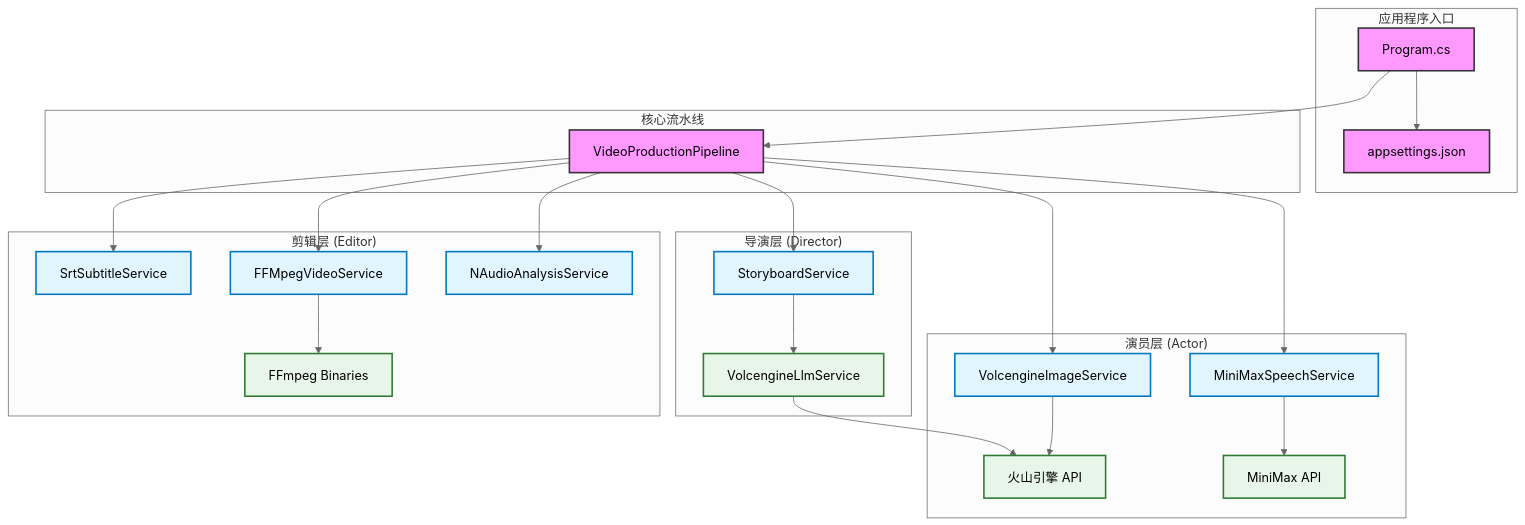
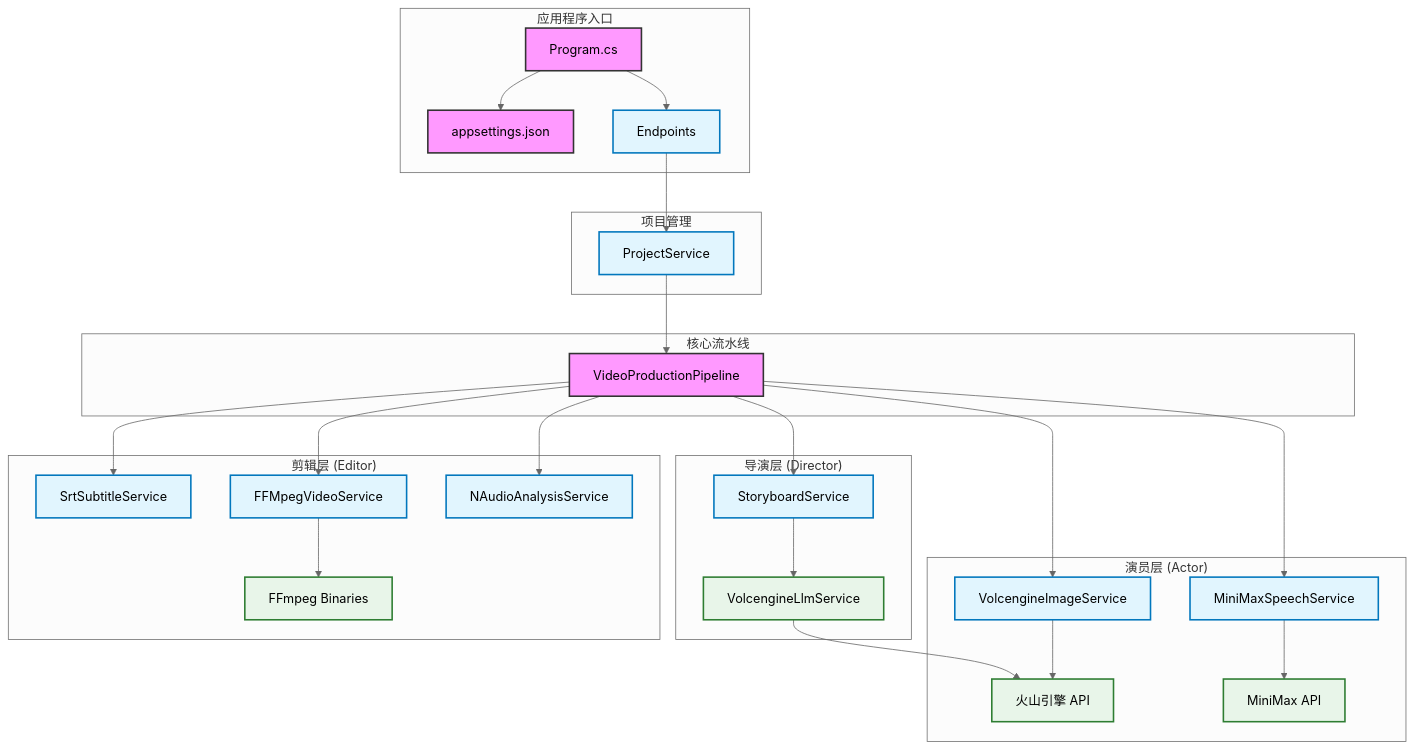
Before and after one commit to helihui/AutoCinema: the diagram in README.md, drawn with Mermaid (neutral theme). The commit also changed other lines of this file and 377 other files, not shown here.

````diff
--- a/README.md
+++ b/README.md
@@ -21,58 +21,65 @@
 ```mermaid
 graph TB
     %% 样式定义
     classDef core fill:#f9f,stroke:#333,stroke-width:2px;
     classDef service fill:#e1f5fe,stroke:#0277bd,stroke-width:2px;
     classDef model fill:#fff9c4,stroke:#fbc02d,stroke-width:2px;
     classDef external fill:#e8f5e9,stroke:#2e7d32,stroke-width:2px;
 
     subgraph Application ["应用程序入口"]
         Program[Program.cs]:::core
         Config[appsettings.json]:::core
+        Endpoints[Endpoints]:::service
+    end
+
+    subgraph ProjectLayer ["项目管理"]
+        ProjectService[ProjectService]:::service
     end
 
     subgraph Pipeline ["核心流水线"]
         VideoPipeline[VideoProductionPipeline]:::core
     end
 
     subgraph DirectorLayer ["导演层 (Director)"]
         StoryboardService[StoryboardService]:::service
         VolcengineLlm[VolcengineLlmService]:::external
     end
 
     subgraph ActorLayer ["演员层 (Actor)"]
         ImageService[VolcengineImageService]:::service
         SpeechService[MiniMaxSpeechService]:::service
         VolcengineAPI["火山引擎 API"]:::external
         MiniMaxAPI["MiniMax API"]:::external
     end
 
     subgraph EditorLayer ["剪辑层 (Editor)"]
         SubtitleService[SrtSubtitleService]:::service
         VideoService[FFMpegVideoService]:::service
         AudioAnalysis[NAudioAnalysisService]:::service
         FFmpeg["FFmpeg Binaries"]:::external
     end
 
     %% 依赖关系
     Program --> Config
-    Program --> VideoPipeline
+    Program --> Endpoints
+    Endpoints --> ProjectService
+    ProjectService --> VideoPipeline
     
     VideoPipeline --> StoryboardService
     VideoPipeline --> ImageService
     VideoPipeline --> SpeechService
     VideoPipeline --> SubtitleService
     VideoPipeline --> VideoService
     VideoPipeline --> AudioAnalysis
 
     %% 导演层逻辑
     StoryboardService --> VolcengineLlm
     VolcengineLlm --> VolcengineAPI
 
     %% 演员层逻辑
     ImageService --> VolcengineAPI
     SpeechService --> MiniMaxAPI
 
     %% 剪辑层逻辑
     VideoService --> FFmpeg
 ```
````
